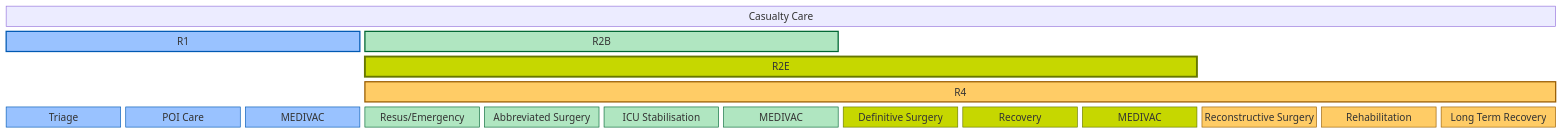
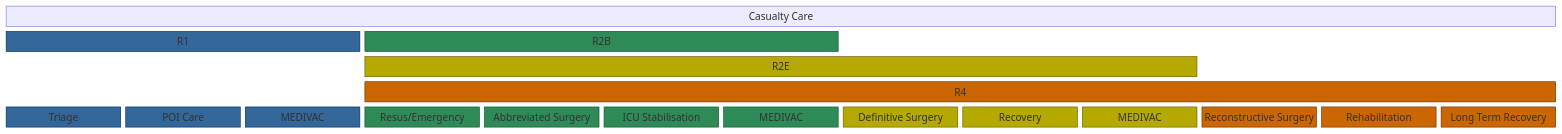
Before and after one commit to natosys/Battlefield-Casualty-Handling: the first of 4 diagrams in README.md, drawn with Mermaid. The commit also changed other lines of this file, not shown here.

````diff
--- a/README.md
+++ b/README.md
@@ -381,49 +384,49 @@
 ```mermaid
 block-beta
   columns 13
 
   a["Casualty Care"]:13
   b["R1"]:3
   c["R2B"]:4 space:9
   e["R2E"]:7 space:6
   f["R4"]:10
 
   g["Triage"]
   h["POI Care"]
   i["MEDIVAC"]
   j["Resus/Emergency"]
   k["Abbreviated Surgery"]
   l["ICU Stabilisation"]
   m["MEDIVAC"]
   n["Definitive Surgery"]
   o["Recovery"]
   p["MEDIVAC"]
   q["Reconstructive Surgery"]
   r["Rehabilitation"]
   s["Long Term Recovery"]
 
-  %% Role 1 Care — Rich Blue
-  style b fill:#99c2ff,stroke:#0059b3,stroke-width:2px
-  style g fill:#99c2ff,stroke:#0059b3
-  style h fill:#99c2ff,stroke:#0059b3
-  style i fill:#99c2ff,stroke:#0059b3
+  %% Role 1 — Deep Navy
+  style b fill:#336699,stroke:#003366,color:#ffffff
+  style g fill:#336699,stroke:#003366,color:#ffffff
+  style h fill:#336699,stroke:#003366,color:#ffffff
+  style i fill:#336699,stroke:#003366,color:#ffffff
 
-  %% Role 2 Basic — Deeper Green
-  style c fill:#b0e6c1,stroke:#006633,stroke-width:2px
-  style j fill:#b0e6c1,stroke:#006633
-  style k fill:#b0e6c1,stroke:#006633
-  style l fill:#b0e6c1,stroke:#006633
-  style m fill:#b0e6c1,stroke:#006633
+  %% Role 2B — Dark Sea Green
+  style c fill:#2e8b57,stroke:#14532d,color:#ffffff
+  style j fill:#2e8b57,stroke:#14532d,color:#ffffff
+  style k fill:#2e8b57,stroke:#14532d,color:#ffffff
+  style l fill:#2e8b57,stroke:#14532d,color:#ffffff
+  style m fill:#2e8b57,stroke:#14532d,color:#ffffff
 
-  %% Role 2 Enhanced — Lime-Gold Transition
-  style e fill:#c6d700,stroke:#667700,stroke-width:3px
-  style n fill:#c6d700,stroke:#667700
-  style o fill:#c6d700,stroke:#667700
-  style p fill:#c6d700,stroke:#667700
+  %% Role 2E — Olive Gold
+  style e fill:#b5a900,stroke:#665c00,color:#ffffff
+  style n fill:#b5a900,stroke:#665c00,color:#ffffff
+  style o fill:#b5a900,stroke:#665c00,color:#ffffff
+  style p fill:#b5a900,stroke:#665c00,color:#ffffff
 
-  %% Role 4 — Rich Amber
-  style f fill:#ffcc66,stroke:#995c00,stroke-width:2px
-  style q fill:#ffcc66,stroke:#995c00
-  style r fill:#ffcc66,stroke:#995c00
-  style s fill:#ffcc66,stroke:#995c00
+  %% Role 4 — Burnt Amber
+  style f fill:#cc6600,stroke:#663300,color:#ffffff
+  style q fill:#cc6600,stroke:#663300,color:#ffffff
+  style r fill:#cc6600,stroke:#663300,color:#ffffff
+  style s fill:#cc6600,stroke:#663300,color:#ffffff
 ```
````
